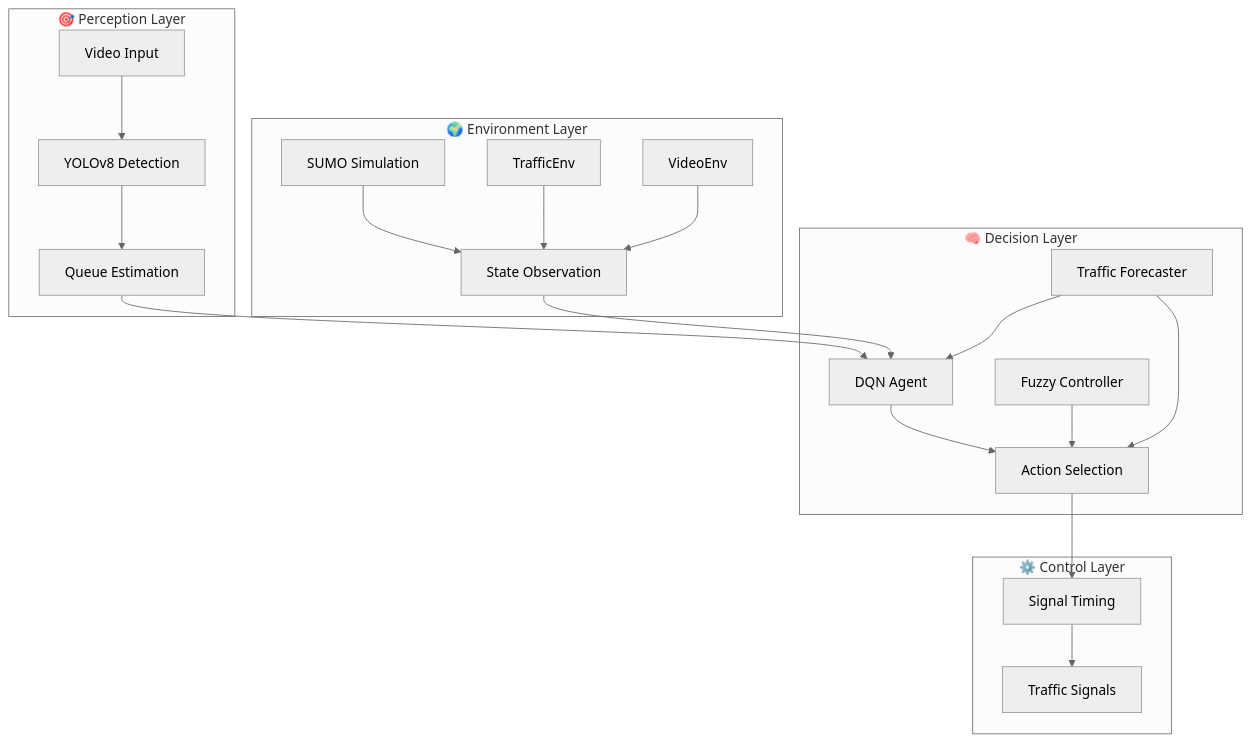
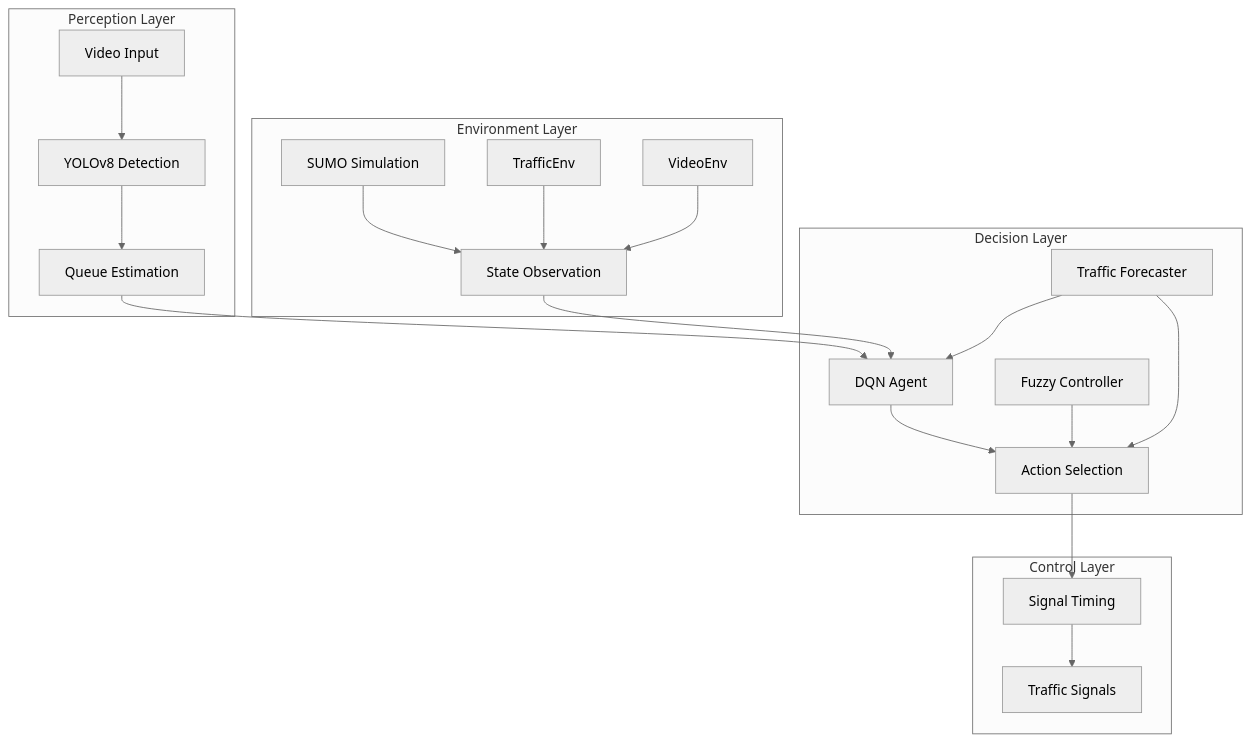
The diagram in README_NEW.md (Bobbymkr/Projects), drawn with Mermaid (neutral theme) before and after one commit. The commit also changed other lines of this file and 12 other files, not shown here.

````diff
--- a/README_NEW.md
+++ b/README_NEW.md
@@ -131,28 +131,28 @@
 ```mermaid
 graph TB
-    subgraph "🎯 Perception Layer"
+    subgraph "Perception Layer"
         A[Video Input] --> B[YOLOv8 Detection]
         B --> C[Queue Estimation]
     end
     
-    subgraph "🌍 Environment Layer"
+    subgraph "Environment Layer"
         D[SUMO Simulation] --> E[State Observation]
         F[TrafficEnv] --> E
         G[VideoEnv] --> E
     end
     
-    subgraph "🧠 Decision Layer"
+    subgraph "Decision Layer"
         H[DQN Agent] --> I[Action Selection]
         J[Fuzzy Controller] --> I
         K[Traffic Forecaster] --> I
     end
     
-    subgraph "⚙️ Control Layer"
+    subgraph "Control Layer"
         I --> L[Signal Timing]
         L --> M[Traffic Signals]
     end
     
     C --> H
     E --> H
     K --> H
 ```
````
